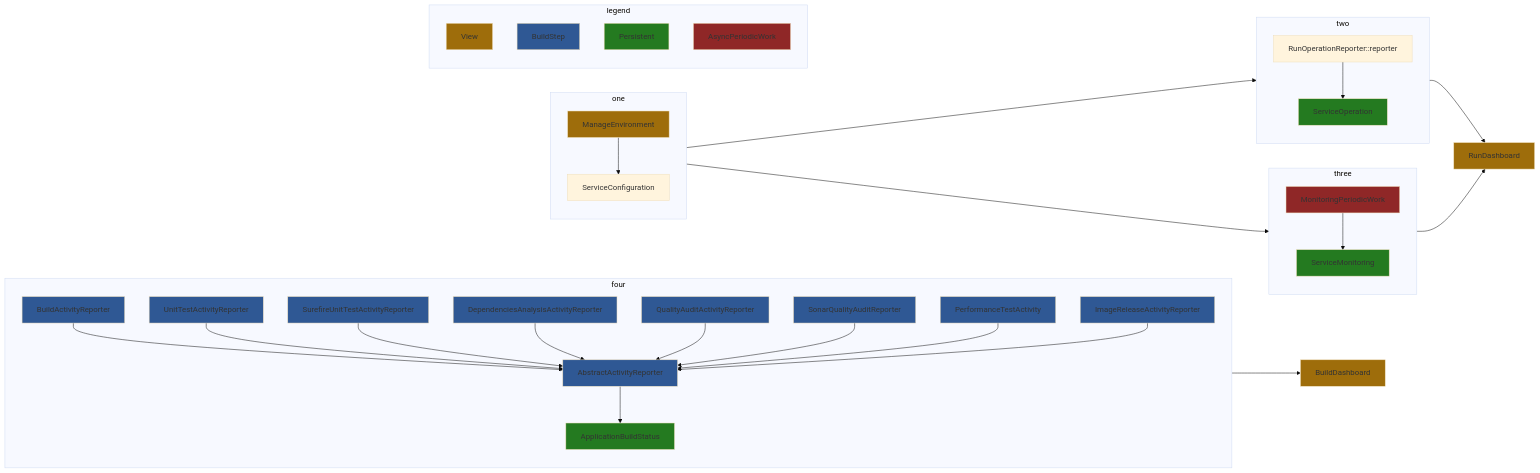
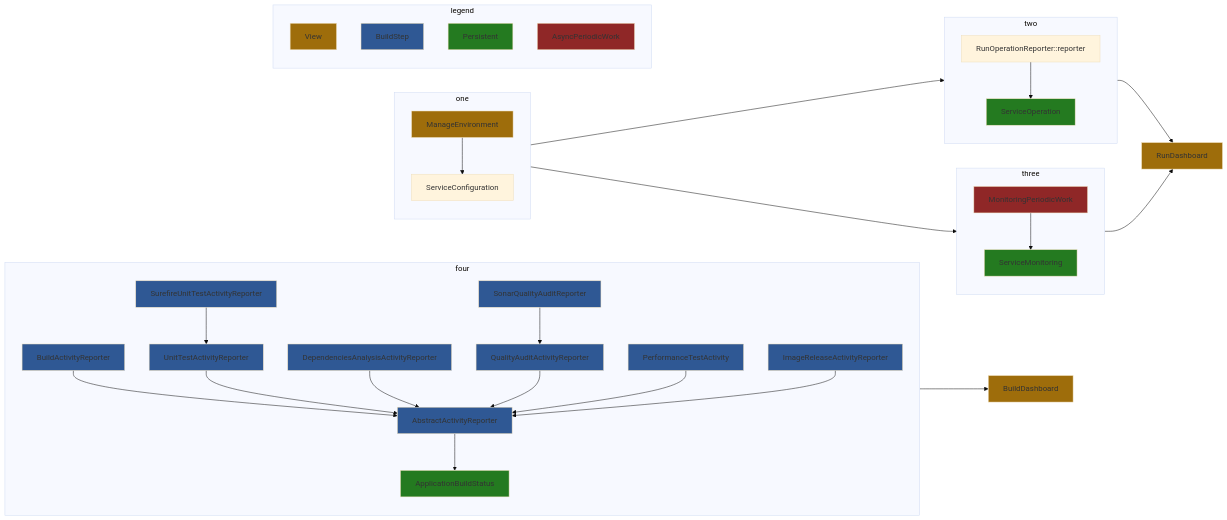
Before and after one commit to jenkinsci/devops-portal-plugin: the diagram in README.md, drawn with Mermaid (base theme).

````diff
--- a/README.md
+++ b/README.md
@@ -412,44 +412,44 @@
 ```mermaid
 flowchart LR
     subgraph one
     ManageEnvironment:::view --> ServiceConfiguration
     end
     
     subgraph two
     RunOperationReporter::reporter --> ServiceOperation:::entity
     end
     
     subgraph three
     MonitoringPeriodicWork:::worker --> ServiceMonitoring:::entity
     end
     
     subgraph four
     BuildActivityReporter:::reporter --> AbstractActivityReporter:::reporter
     UnitTestActivityReporter:::reporter --> AbstractActivityReporter:::reporter
-    SurefireUnitTestActivityReporter:::reporter --> AbstractActivityReporter:::reporter
+    SurefireUnitTestActivityReporter:::reporter --> UnitTestActivityReporter:::reporter
     DependenciesAnalysisActivityReporter:::reporter --> AbstractActivityReporter:::reporter
     QualityAuditActivityReporter:::reporter --> AbstractActivityReporter:::reporter
-    SonarQualityAuditReporter:::reporter --> AbstractActivityReporter:::reporter
+    SonarQualityAuditReporter:::reporter --> QualityAuditActivityReporter:::reporter
     PerformanceTestActivity:::reporter --> AbstractActivityReporter:::reporter
     ImageReleaseActivityReporter:::reporter --> AbstractActivityReporter:::reporter
     AbstractActivityReporter:::reporter --> ApplicationBuildStatus:::entity
     end
     
     subgraph legend
     View:::view
     BuildStep:::reporter
     Persistent:::entity
     AsyncPeriodicWork:::worker
     end
     
     one --> two
     one --> three
     two --> RunDashboard:::view
     three --> RunDashboard:::view
     four --> BuildDashboard:::view
     
     classDef view fill:#9e6d0b
     classDef reporter fill:#2f5894
     classDef entity fill:#247a20
     classDef worker fill:#8f2727
 ```
````
